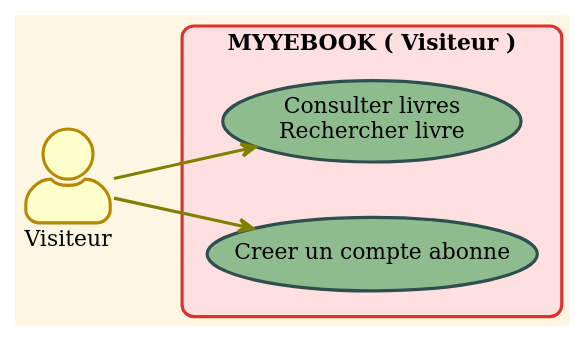
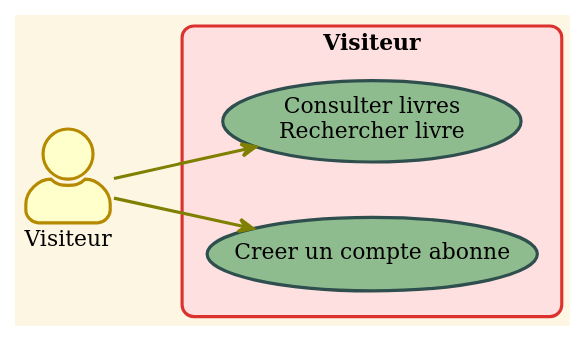
One commit to youcefmei/myyebookpresentation changed the third of 10 diagrams in slides.md. Above: the diagram before and after it, drawn with PlantUML. The commit also changed other lines of this file and 11 other files, not shown here.

````diff
--- a/slides.md
+++ b/slides.md
@@ -60,34 +156,34 @@
 ```plantuml
 @startuml
 !theme sunlust
 ' !theme reddress-lightblue
 skinparam usecase {
 BackgroundColor DarkSeaGreen
 BorderColor DarkSlateGray
 
 BackgroundColor<< Main >> YellowGreen
 BorderColor<< Main >> YellowGreen
 
 ArrowColor Olive
 ActorBorderColor black
 ActorFontName Courier
 
 ' ActorBackgroundColor<< Human >> DarkSeaGreen
 }
 
 
 left to right direction
 actor Visiteur as v
 
 
-rectangle "MYYEBOOK ( Visiteur )" {
+rectangle "Visiteur" {
   usecase "Consulter livres\nRechercher livre" as UC_consulter_livre
   usecase "Creer un compte abonne" as UC_creer_compte_abonne
 }
 
 v --> UC_consulter_livre
 v --> UC_creer_compte_abonne
 
 @enduml
 
 ```
````
